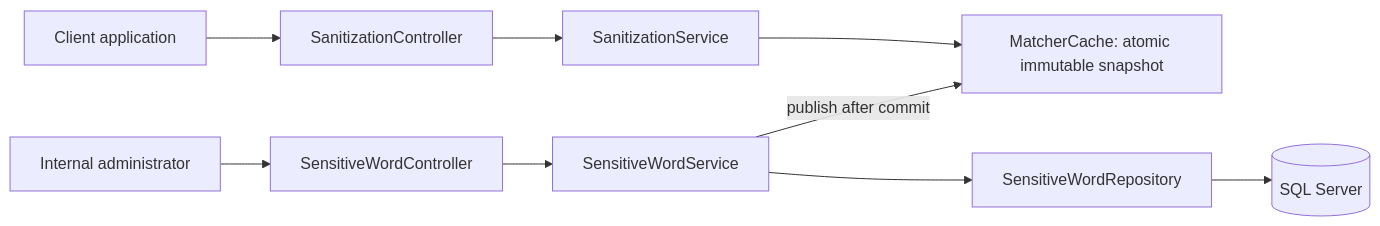
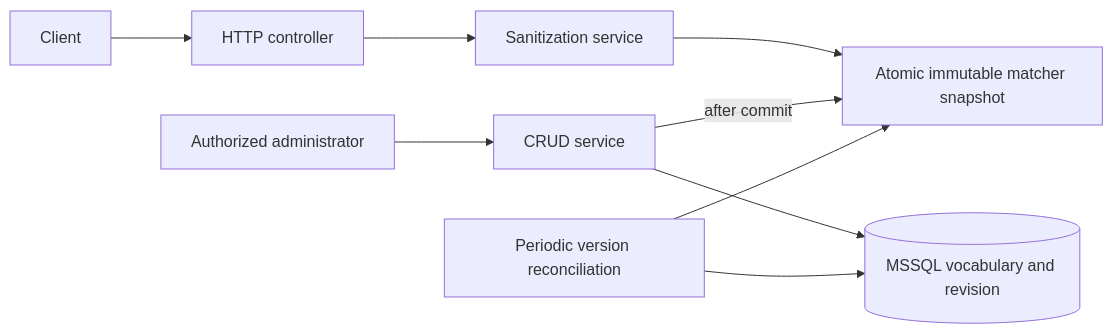
The diagram in README.md (Dukai91/flash-sensitive-words-api), drawn with Mermaid before and after one commit. The commit also changed other lines of this file and 45 other files, not shown here.

Commit message:
Fix Unicode and API contracts; add bounded vocabulary reconciliation and production safeguards

````diff
--- a/README.md
+++ b/README.md
@@ -63,11 +79,11 @@
 ```mermaid
 flowchart LR
-    Client[Client application] --> API[SanitizationController]
-    API --> Service[SanitizationService]
-    Service --> Cache[MatcherCache: atomic immutable snapshot]
-    Admin[Internal administrator] --> CRUD[SensitiveWordController]
-    CRUD --> Config[SensitiveWordService]
-    Config --> Repo[SensitiveWordRepository]
-    Repo --> SQL[(SQL Server)]
-    Config -->|publish after commit| Cache
+    Client --> API[HTTP controller]
+    API --> Sanitize[Sanitization service]
+    Sanitize --> Cache[Atomic immutable matcher snapshot]
+    Admin[Authorized administrator] --> CRUD[CRUD service]
+    CRUD --> DB[(MSSQL vocabulary and revision)]
+    CRUD -->|after commit| Cache
+    Poll[Periodic version reconciliation] --> DB
+    Poll --> Cache
 ```
````
